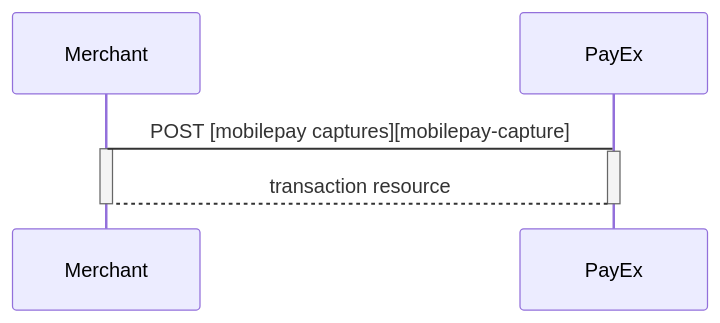
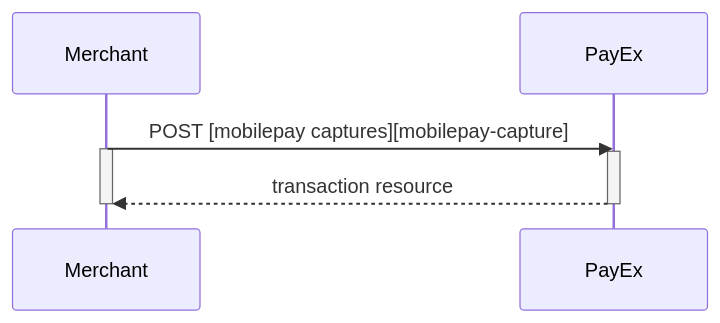
One commit to SwedbankPay/developer.swedbankpay.com changed the first of 3 diagrams in payments/mobile-pay/after-payment.md. Above: the diagram before and after it, drawn with Mermaid. The commit also changed other lines of this file and 4 other files, not shown here.

````diff
--- a/payments/mobile-pay/after-payment.md
+++ b/payments/mobile-pay/after-payment.md
@@ -162,9 +176,9 @@
 ```mermaid
 sequenceDiagram
-  Merchant->PayEx: POST [mobilepay captures][mobilepay-capture]
+  Merchant->>PayEx: POST [mobilepay captures][mobilepay-capture]
   Activate Merchant
   Activate PayEx
-  PayEx-->Merchant: transaction resource
+  PayEx-->>Merchant: transaction resource
   Deactivate PayEx
   Deactivate Merchant
 ```
````
